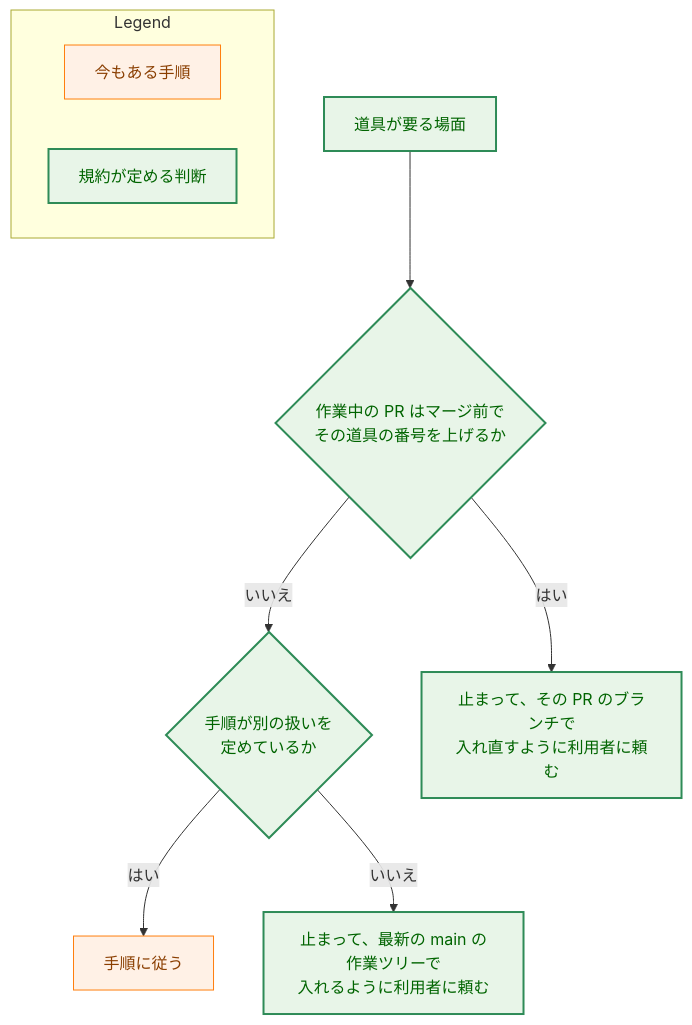
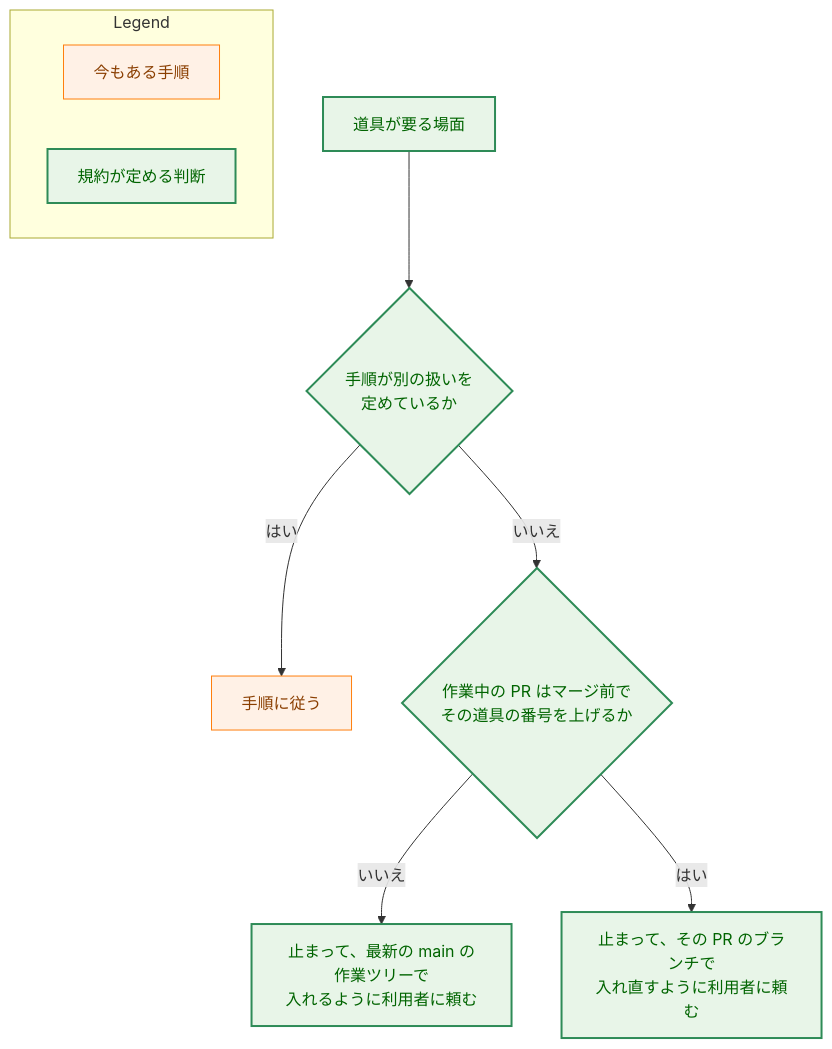
Before and after one commit to isseis/yt2column: the fourth of 4 diagrams in docs/tasks/0112_dev_tools_convention/02_architecture.md, drawn with Mermaid. The commit also changed other lines of this file, not shown here.

````diff
--- a/docs/tasks/0112_dev_tools_convention/02_architecture.md
+++ b/docs/tasks/0112_dev_tools_convention/02_architecture.md
@@ -452,28 +451,28 @@
 ```mermaid
 flowchart TD
     classDef process fill:#fff1e6,stroke:#ff7f0e,stroke-width:1px,color:#8a3e00;
     classDef enhanced fill:#e8f5e8,stroke:#2e8b57,stroke-width:2px,color:#006400;
 
     START["道具が要る場面"]
     PROC{"手順が別の扱いを<br>定めているか"}
     FOLLOW["手順に従う"]
     PROTO{"作業中の PR はマージ前で<br>その道具の番号を上げるか"}
     ASKMAIN["止まって、最新の main の作業ツリーで<br>入れるように利用者に頼む"]
     ASKBR["止まって、その PR のブランチで<br>入れ直すように利用者に頼む"]
 
-    START --> PROTO
+    START --> PROC
+    PROC -->|"はい"| FOLLOW
+    PROC -->|"いいえ"| PROTO
+    PROTO -->|"いいえ"| ASKMAIN
     PROTO -->|"はい"| ASKBR
-    PROTO -->|"いいえ"| PROC
-    PROC -->|"はい"| FOLLOW
-    PROC -->|"いいえ"| ASKMAIN
 
     class FOLLOW process
     class START,PROC,PROTO,ASKMAIN,ASKBR enhanced
 
     subgraph Legend["Legend"]
         L1["今もある手順"]
         L2["規約が定める判断"]
     end
     class L1 process
     class L2 enhanced
 ```
````
